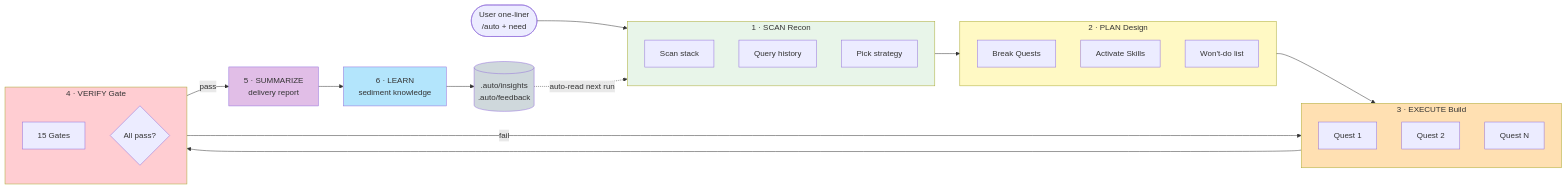
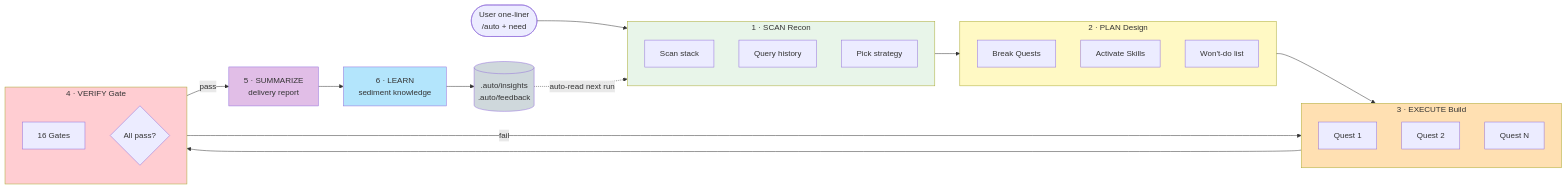
Before and after one commit to ktyyer/auto-cli: the diagram in README.en.md, drawn with Mermaid. The commit also changed other lines of this file and 7 other files, not shown here.

````diff
--- a/README.en.md
+++ b/README.en.md
@@ -123,46 +123,46 @@
 ```mermaid
 flowchart LR
     USER([User one-liner<br/>/auto + need])
     USER --> SCAN
 
     subgraph SCAN[1 · SCAN Recon]
         S1[Scan stack]
         S2[Query history]
         S3[Pick strategy]
     end
 
     subgraph PLAN[2 · PLAN Design]
         P1[Break Quests]
         P2[Activate Skills]
         P3[Won't-do list]
     end
 
     subgraph EXEC[3 · EXECUTE Build]
         E1[Quest 1]
         E2[Quest 2]
         E3[Quest N]
     end
 
     subgraph VERIFY[4 · VERIFY Gate]
-        V1[15 Gates]
+        V1[16 Gates]
         V2{All pass?}
     end
 
     SUM[5 · SUMMARIZE<br/>delivery report]
     LEARN[6 · LEARN<br/>sediment knowledge]
     MEM[(.auto/insights<br/>.auto/feedback)]
 
     SCAN --> PLAN --> EXEC --> VERIFY
     VERIFY -- fail --> EXEC
     VERIFY -- pass --> SUM --> LEARN
     LEARN --> MEM
     MEM -. auto-read next run .-> SCAN
 
     style SCAN fill:#e8f5e9
     style PLAN fill:#fff9c4
     style EXEC fill:#ffe0b2
     style VERIFY fill:#ffcdd2
     style SUM fill:#e1bee7
     style LEARN fill:#b3e5fc
     style MEM fill:#cfd8dc
 ```
````
